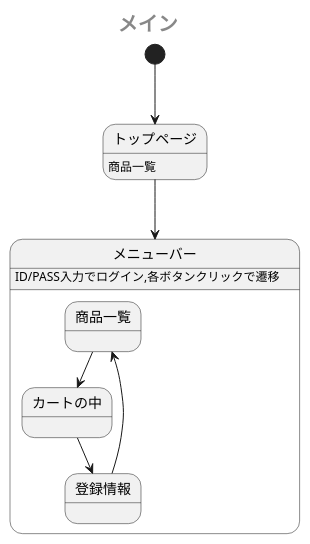
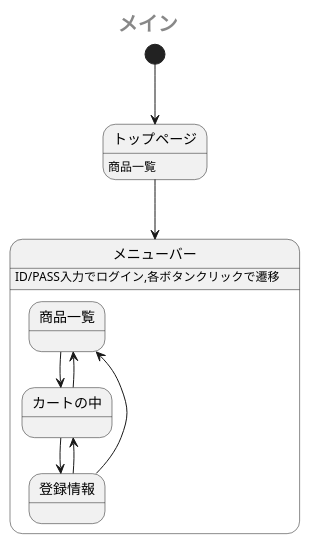
The first of 2 diagrams in sample/StateMachine.md (Aso2001385/2021sys-design), drawn with PlantUML before and after one commit.

````diff
--- a/sample/StateMachine.md
+++ b/sample/StateMachine.md
@@ -1,16 +1,18 @@
 ```uml
 @startuml
  center header <size:20><b>メイン</b></size>
  [*] --> トップページ
  トップページ: 商品一覧
  トップページ --> メニューバー
  state メニューバー {
    メニューバー: ID/PASS入力でログイン,各ボタンクリックで遷移
    商品一覧 --> カートの中
+   カートの中 --> 商品一覧
    カートの中 --> 登録情報
+   登録情報 -->カートの中
    登録情報 --> 商品一覧
 
  }
  
 @enduml
 ```
````
